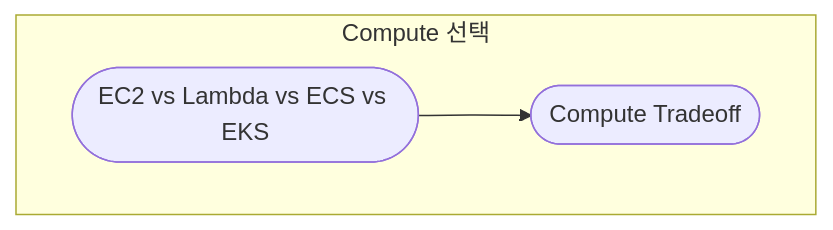
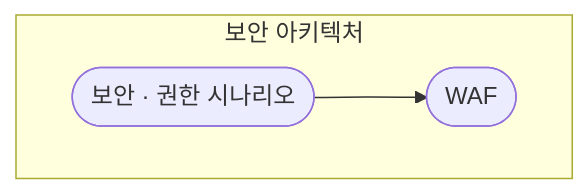
One commit to gwonmin/QuizNox_front changed the first of 4 diagrams in public/handbook/saa/overview.md. Above: the diagram before and after it, drawn with Mermaid. The commit also changed other lines of this file and 125 other files, not shown here.

````diff
--- a/public/handbook/saa/overview.md
+++ b/public/handbook/saa/overview.md
@@ -10,8 +51,8 @@
 ```mermaid
 flowchart TB
-  subgraph compute [Compute 선택]
-    EC([EC2 vs Lambda vs ECS vs EKS])
-    TR([Compute Tradeoff])
+  subgraph security [보안 아키텍처]
+    IAM([보안 · 권한 시나리오])
+    WAF([WAF])
   end
-  EC --> TR
+  IAM --> WAF
 ```
````
